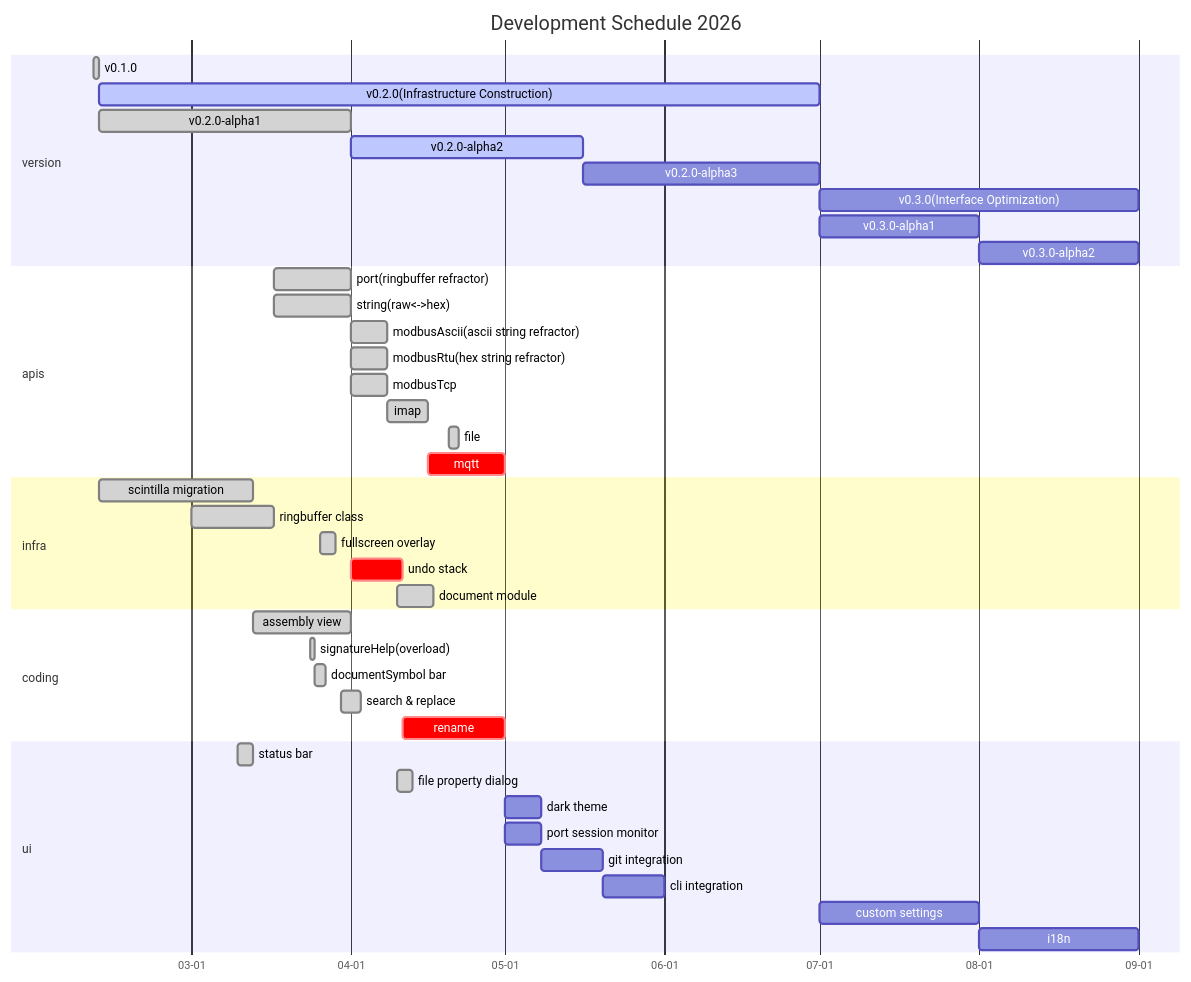
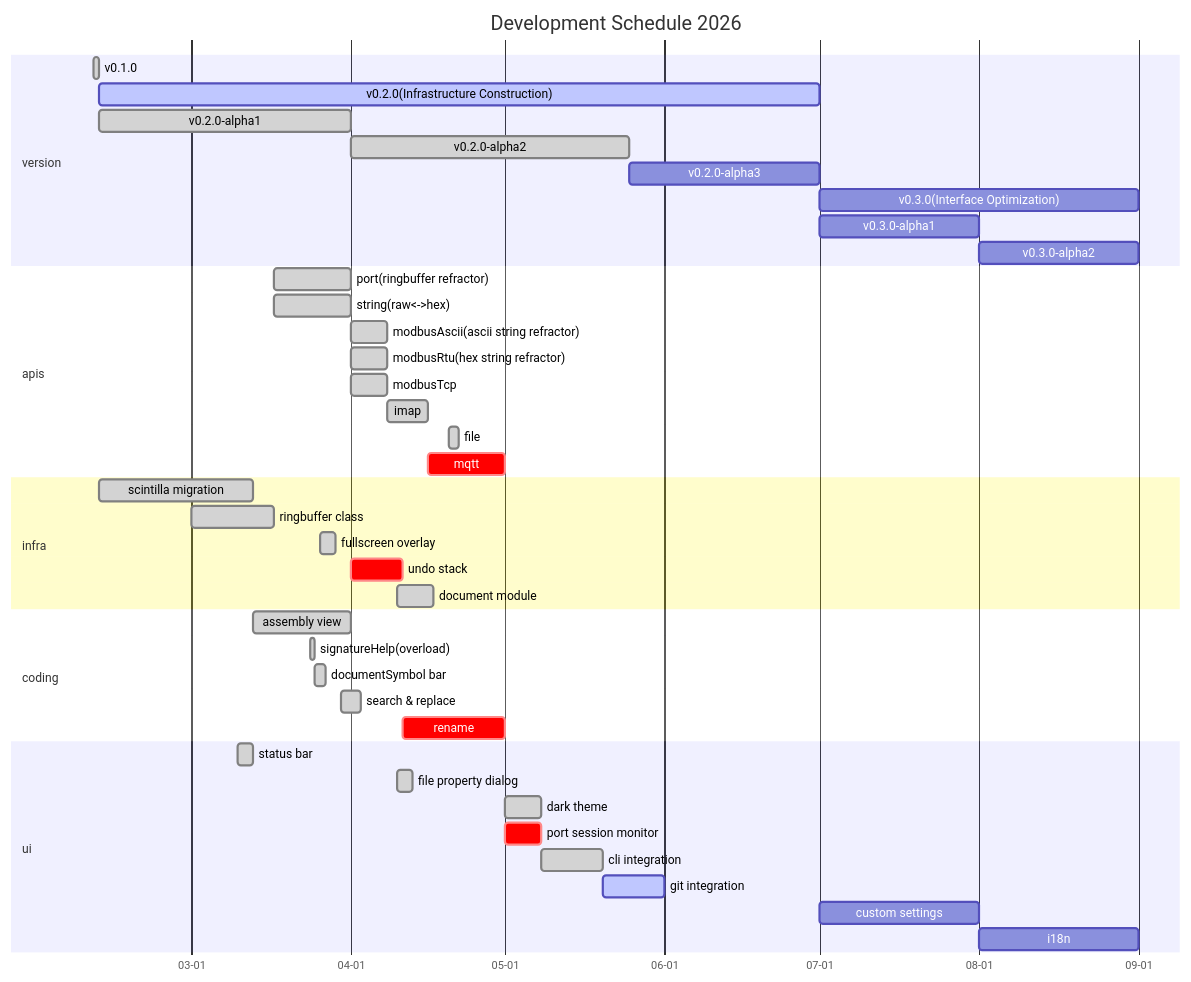
Before and after one commit to zyt20001205/UniComm2: the second of 3 diagrams in README.md, drawn with Mermaid. The commit also changed 2 other files, not shown here.

Commit message:
ready to release

````diff
--- a/README.md
+++ b/README.md
@@ -79,51 +79,51 @@
 ```mermaid
 gantt
     title Development Schedule 2026
     dateFormat MM-DD
     axisFormat %m-%d
     tickInterval 1month
 
     section version
         v0.1.0: done, 02-10, 1d
         v0.2.0(Infrastructure Construction): active, 02-11, 140d
         v0.2.0-alpha1: done, 02-11, 49d
-        v0.2.0-alpha2: active, 04-01, 45d
-        v0.2.0-alpha3: 05-16, 46d
+        v0.2.0-alpha2: done, 04-01, 54d
+        v0.2.0-alpha3: 05-25, 37d
         v0.3.0(Interface Optimization): 07-01, 62d
         v0.3.0-alpha1: 07-01, 31d
         v0.3.0-alpha2: 08-01, 31d
 
     section apis
         port(ringbuffer refractor): done, 03-17, 15d
         string(raw<->hex): done, 03-17, 15d
         modbusAscii(ascii string refractor): done, 04-01, 7d
         modbusRtu(hex string refractor): done, 04-01, 7d
         modbusTcp: done, 04-01, 7d
         imap: done, 04-08, 8d
         file: done, 04-20, 2d
         mqtt: crit, 04-16, 15d
 
     section infra
         scintilla migration: done, 02-11, 30d
         ringbuffer class: done, 03-01, 16d
         fullscreen overlay: done, 03-26, 3d
         undo stack: crit, 04-01, 10d
         document module: done, 04-10, 7d
 
     section coding
         assembly view: done, 03-13, 19d
         signatureHelp(overload): done, 03-24, 1d
         documentSymbol bar: done, 03-25, 2d
         search & replace: done, 03-30, 4d
         rename: crit, 04-11, 20d
 
     section ui
         status bar: done, 03-10, 3d
         file property dialog: done, 04-10, 3d
-        dark theme: 05-01, 7d
-        port session monitor: 05-01, 7d
-        git integration: 05-08, 12d
-        cli integration: 05-20, 12d
+        dark theme: done, 05-01, 7d
+        port session monitor: crit, 05-01, 7d
+        cli integration: done, 05-08, 12d
+        git integration: active, 05-20, 12d
         custom settings: 07-01, 31d
         i18n: 08-01, 31d
 ```
````
